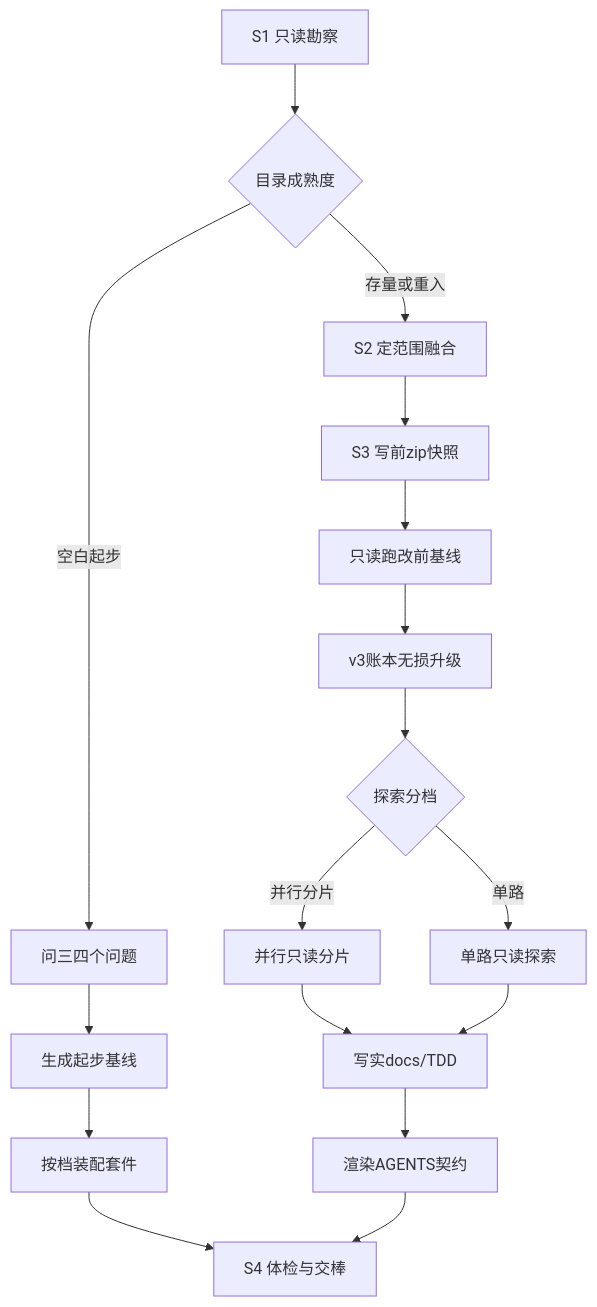
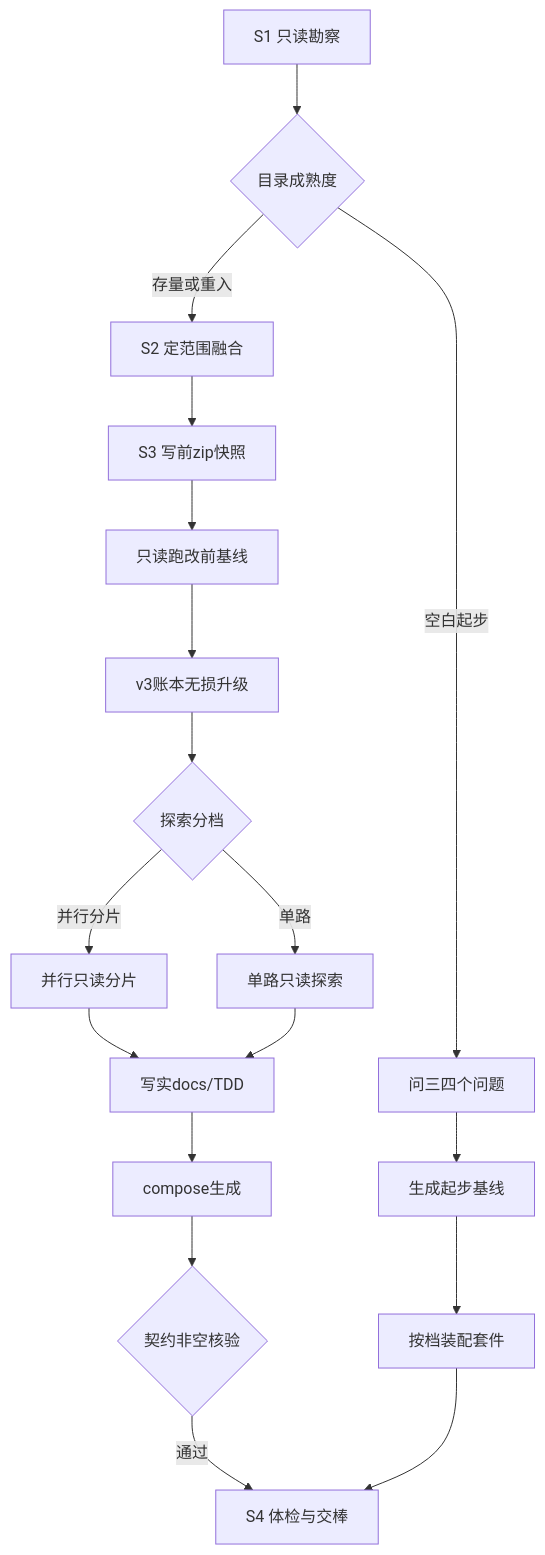
Before and after one commit to FiretrUCK666/project-forge: the second of 6 diagrams in docs/TDD.md, drawn with Mermaid. The commit also changed other lines of this file and 5 other files, not shown here.

````diff
--- a/docs/TDD.md
+++ b/docs/TDD.md
@@ -148,21 +160,22 @@
 ```mermaid
 flowchart TD
   S1["S1 只读勘察"] --> DirState{"目录成熟度"}
   DirState -- "空白起步" --> Ask["问三四个问题"]
   Ask --> Boot["生成起步基线"]
   Boot --> EquipKit["按档装配套件"]
 
   DirState -- "存量或重入" --> Plan["S2 定范围融合"]
   Plan --> Snap["S3 写前zip快照"]
   Snap --> Baseline["只读跑改前基线"]
   Baseline --> Equip["v3账本无损升级"]
   Equip --> Tier{"探索分档"}
   Tier -- "并行分片" --> Shards["并行只读分片"]
   Tier -- "单路" --> Single["单路只读探索"]
   Shards --> TDD["写实docs/TDD"]
   Single --> TDD
-  TDD --> Compose["渲染AGENTS契约"]
+  TDD --> Compose["compose生成"]
+  Compose --> NonEmpty{"契约非空核验"}
+  NonEmpty -- "通过" --> S4["S4 体检与交棒"]
 
-  EquipKit --> S4["S4 体检与交棒"]
-  Compose --> S4
+  EquipKit --> S4
 ```
````
